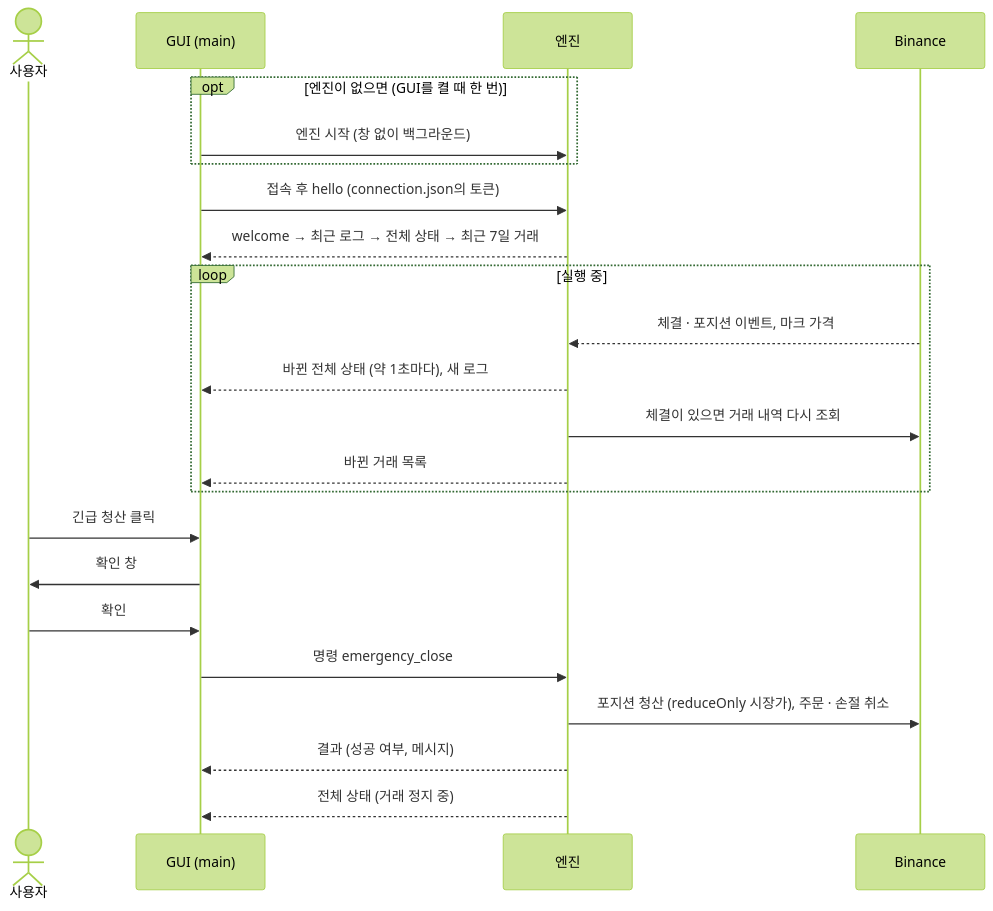
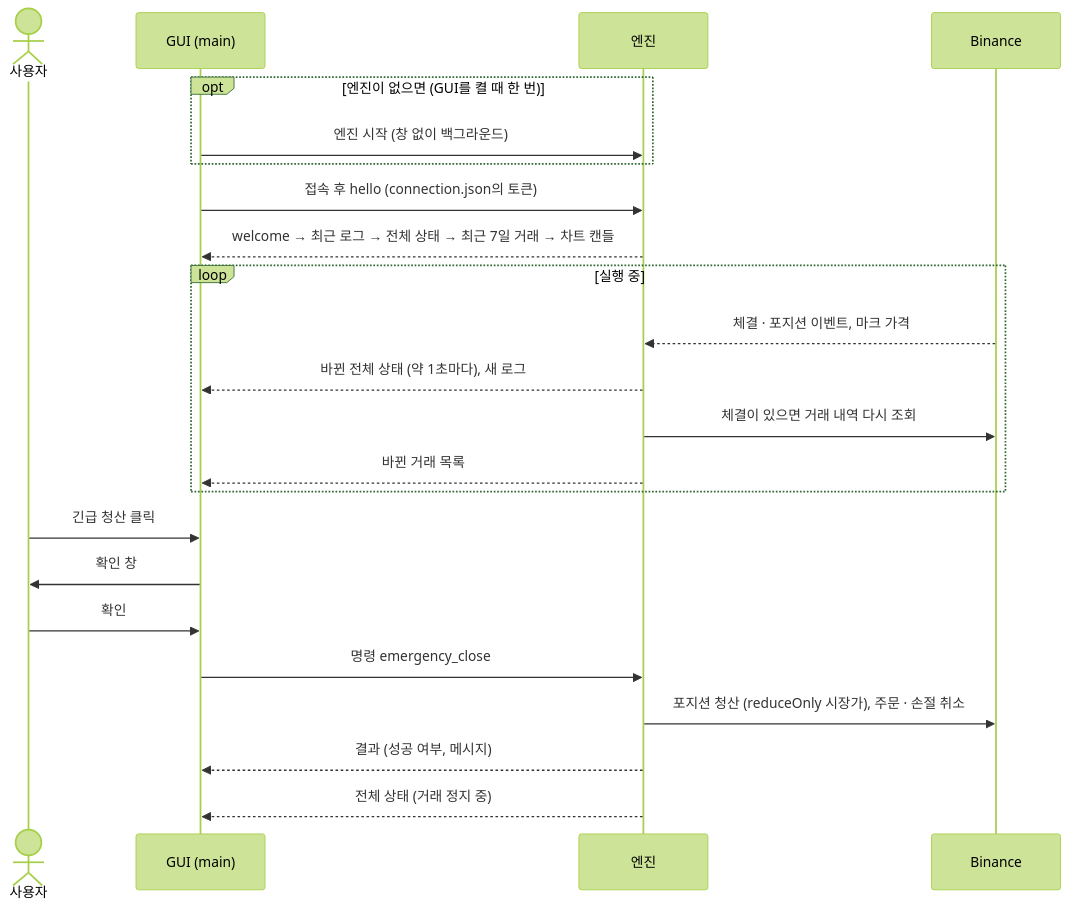
The second of 2 diagrams in README.md (Epsilonely/quantdeck), drawn with Mermaid (forest theme) before and after one commit. The commit also changed other lines of this file, not shown here.

````diff
--- a/README.md
+++ b/README.md
@@ -59,26 +59,26 @@
 ```mermaid
 sequenceDiagram
     actor U as 사용자
     participant G as GUI (main)
     participant E as 엔진
     participant X as Binance
 
     opt 엔진이 없으면 (GUI를 켤 때 한 번)
         G->>E: 엔진 시작 (창 없이 백그라운드)
     end
     G->>E: 접속 후 hello (connection.json의 토큰)
-    E-->>G: welcome → 최근 로그 → 전체 상태 → 최근 7일 거래
+    E-->>G: welcome → 최근 로그 → 전체 상태 → 최근 7일 거래 → 차트 캔들
     loop 실행 중
         X-->>E: 체결 · 포지션 이벤트, 마크 가격
         E-->>G: 바뀐 전체 상태 (약 1초마다), 새 로그
         E->>X: 체결이 있으면 거래 내역 다시 조회
         E-->>G: 바뀐 거래 목록
     end
     U->>G: 긴급 청산 클릭
     G->>U: 확인 창
     U->>G: 확인
     G->>E: 명령 emergency_close
     E->>X: 포지션 청산 (reduceOnly 시장가), 주문 · 손절 취소
     E-->>G: 결과 (성공 여부, 메시지)
     E-->>G: 전체 상태 (거래 정지 중)
 ```
````
